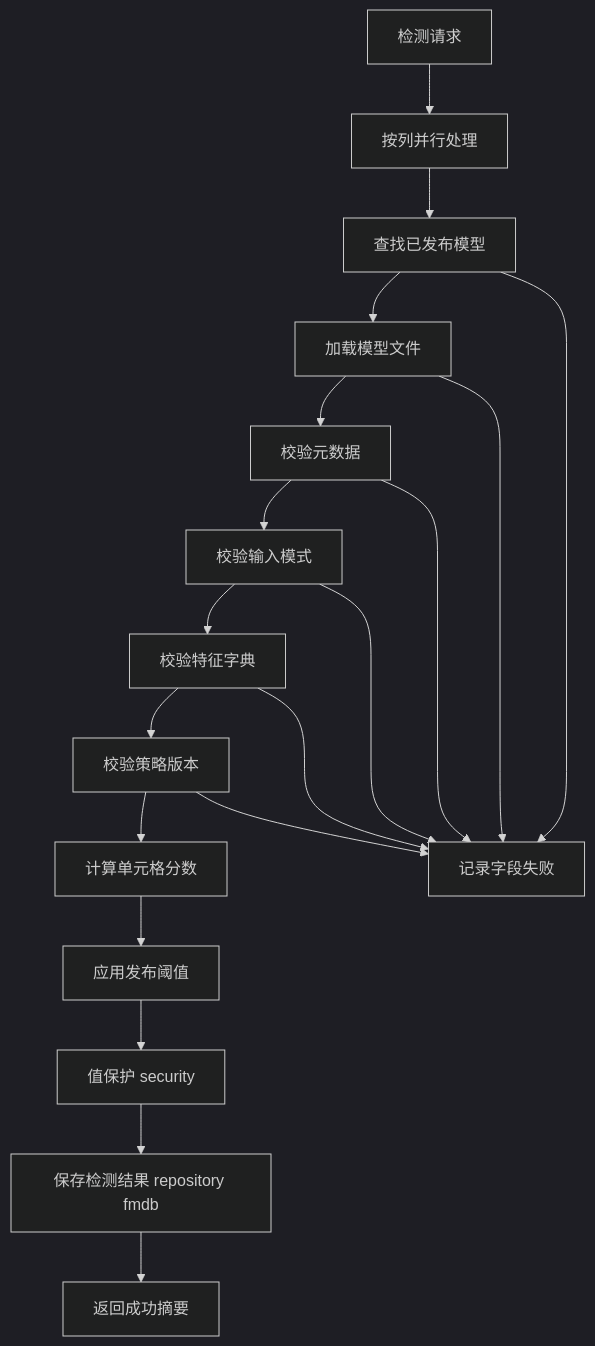
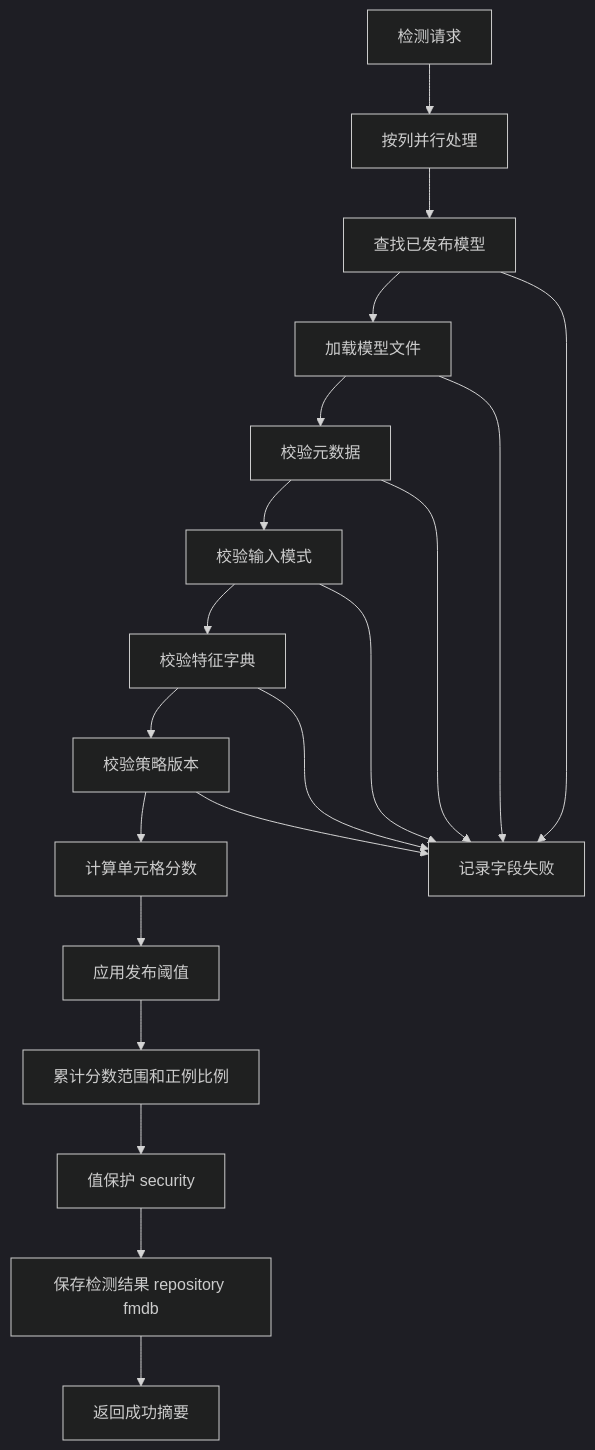
Before and after one commit to 18963603561/fmdb_udf_raha: diagram 12 of 14 in doc/20260715/Raha工程-源码完整分析-202607150943.md, drawn with Mermaid (dark theme). The commit also changed other lines of this file and 12 other files, not shown here.

````diff
--- a/doc/20260715/Raha工程-源码完整分析-202607150943.md
+++ b/doc/20260715/Raha工程-源码完整分析-202607150943.md
@@ -889,21 +982,22 @@
 ```mermaid
 graph TD;
 n01[检测请求] --> n02[按列并行处理];
 n02 --> n03[查找已发布模型];
 n03 --> n04[加载模型文件];
 n04 --> n05[校验元数据];
 n05 --> n06[校验输入模式];
 n06 --> n07[校验特征字典];
 n07 --> n08[校验策略版本];
 n08 --> n09[计算单元格分数];
 n09 --> n10[应用发布阈值];
-n10 --> n11[值保护 security];
-n11 --> n12[保存检测结果 repository fmdb];
-n12 --> n13[返回成功摘要];
+n10 --> n11[累计分数范围和正例比例];
+n11 --> n12[值保护 security];
+n12 --> n13[保存检测结果 repository fmdb];
+n13 --> n15[返回成功摘要];
 n03 --> n14[记录字段失败];
 n04 --> n14;
 n05 --> n14;
 n06 --> n14;
 n07 --> n14;
 n08 --> n14;
 ```
````
